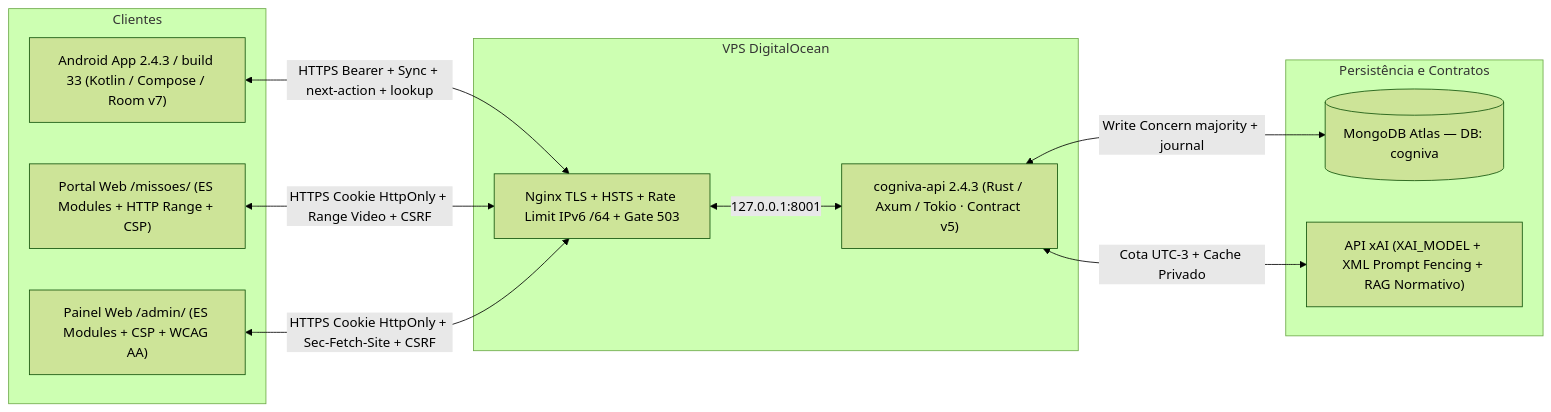
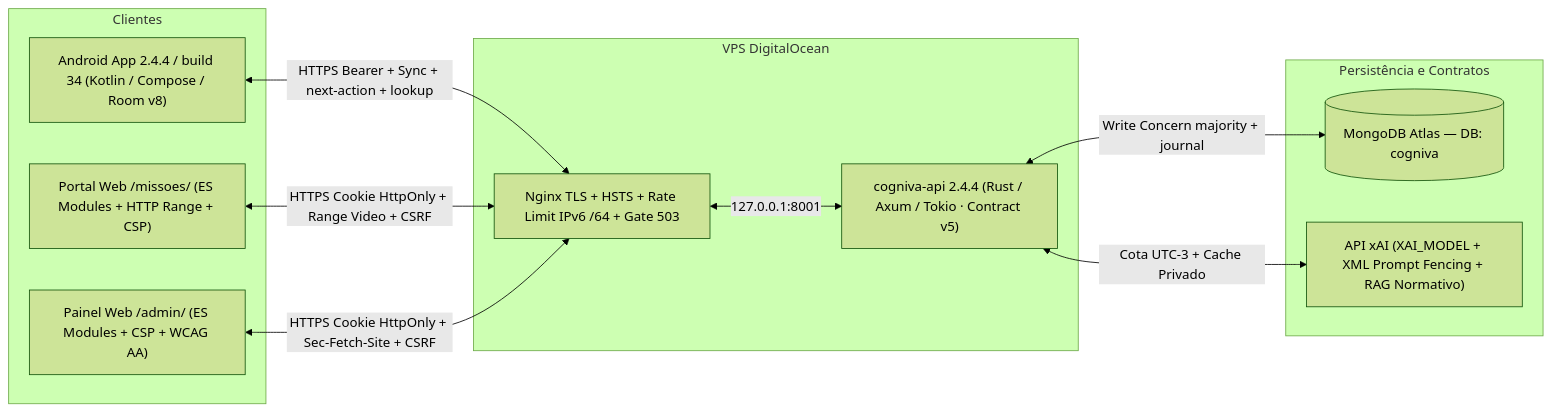
The diagram in docs/ARQUITETURA.md (danielcdes-create/cogniva), drawn with Mermaid (forest theme) before and after one commit. The commit also changed other lines of this file and 85 other files, not shown here.

Commit message:
feat(release): Cogniva 2.4.4 (build 34) - verificacao conceitual, calibracao walk-forward, recomendacao adaptativa e reuso CTV

````diff
--- a/docs/ARQUITETURA.md
+++ b/docs/ARQUITETURA.md
@@ -9,25 +9,25 @@
 ```mermaid
 flowchart LR
   subgraph Clientes
-    AND["Android App 2.4.3 / build 33 (Kotlin / Compose / Room v7)"]
+    AND["Android App 2.4.4 / build 34 (Kotlin / Compose / Room v8)"]
     MIS["Portal Web /missoes/ (ES Modules + HTTP Range + CSP)"]
     ADM["Painel Web /admin/ (ES Modules + CSP + WCAG AA)"]
   end
 
   subgraph Servidor["VPS DigitalOcean"]
     NGX["Nginx TLS + HSTS + Rate Limit IPv6 /64 + Gate 503"]
-    API["cogniva-api 2.4.3 (Rust / Axum / Tokio · Contract v5)"]
+    API["cogniva-api 2.4.4 (Rust / Axum / Tokio · Contract v5)"]
   end
 
   subgraph Dados["Persistência e Contratos"]
     MDB[("MongoDB Atlas — DB: cogniva")]
     XAI["API xAI (XAI_MODEL + XML Prompt Fencing + RAG Normativo)"]
   end
 
   AND <-->|"HTTPS Bearer + Sync + next-action + lookup"| NGX
   MIS <-->|"HTTPS Cookie HttpOnly + Range Video + CSRF"| NGX
   ADM <-->|"HTTPS Cookie HttpOnly + Sec-Fetch-Site + CSRF"| NGX
   NGX <-->|"127.0.0.1:8001"| API
   API <-->|"Write Concern majority + journal"| MDB
   API <-->|"Cota UTC-3 + Cache Privado"| XAI
 ```
````
